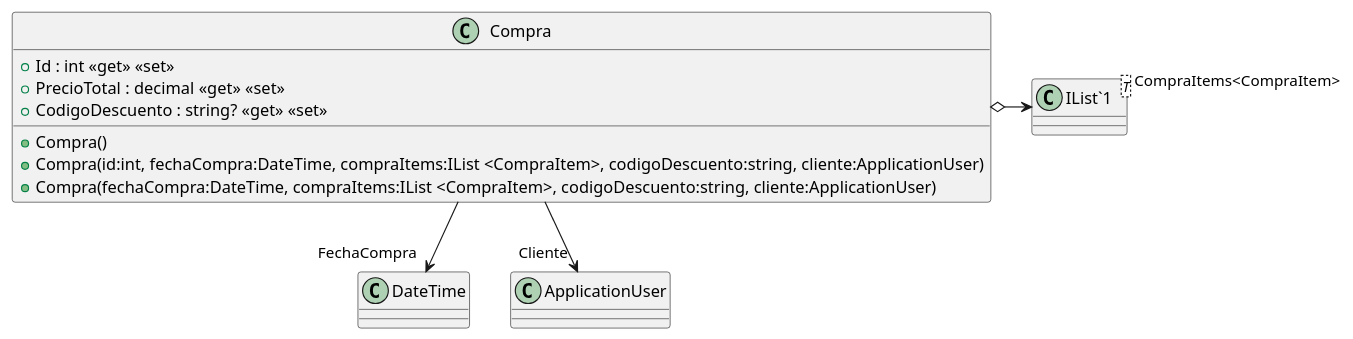
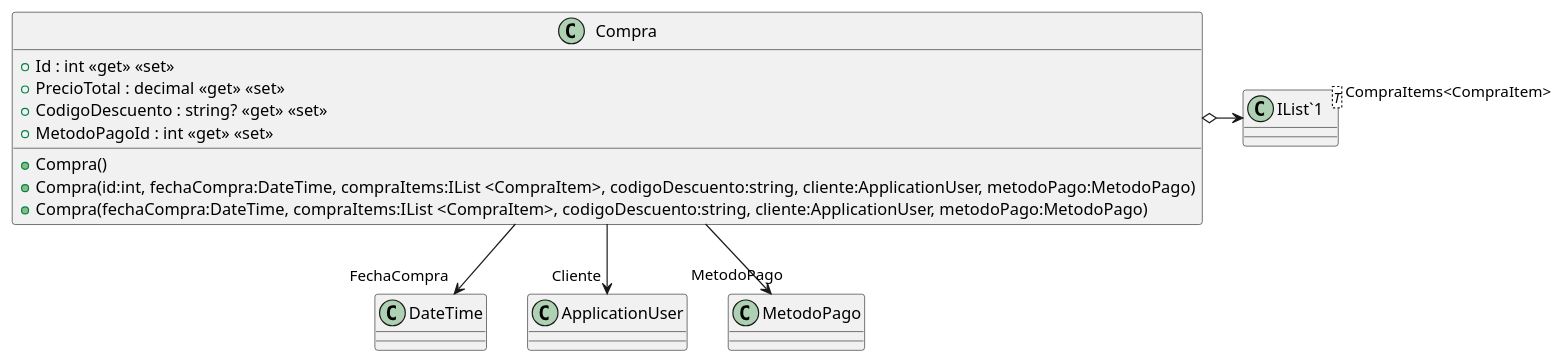
The diagram in src/AppForSEII.API/ClassDiagram/Compra.puml (ISII2627LosNenes/ISII2627LosNenes), drawn with PlantUML before and after one commit. The commit also changed 9 other files, not shown here.

First line of the commit message:
141 añado las clases al diagrama de clases (#145)

```diff
--- a/src/AppForSEII.API/ClassDiagram/Compra.puml
+++ b/src/AppForSEII.API/ClassDiagram/Compra.puml
@@ -1,15 +1,17 @@
 @startuml
 class Compra {
     + Compra()
-    + Compra(id:int, fechaCompra:DateTime, compraItems:IList <CompraItem>, codigoDescuento:string, cliente:ApplicationUser)
-    + Compra(fechaCompra:DateTime, compraItems:IList <CompraItem>, codigoDescuento:string, cliente:ApplicationUser)
+    + Compra(id:int, fechaCompra:DateTime, compraItems:IList <CompraItem>, codigoDescuento:string, cliente:ApplicationUser, metodoPago:MetodoPago)
+    + Compra(fechaCompra:DateTime, compraItems:IList <CompraItem>, codigoDescuento:string, cliente:ApplicationUser, metodoPago:MetodoPago)
     + Id : int <<get>> <<set>>
     + PrecioTotal : decimal <<get>> <<set>>
     + CodigoDescuento : string? <<get>> <<set>>
+    + MetodoPagoId : int <<get>> <<set>>
 }
 class "IList`1"<T> {
 }
 Compra --> "FechaCompra" DateTime
 Compra o-> "CompraItems<CompraItem>" "IList`1"
 Compra --> "Cliente" ApplicationUser
+Compra --> "MetodoPago" MetodoPago
 @enduml
```
